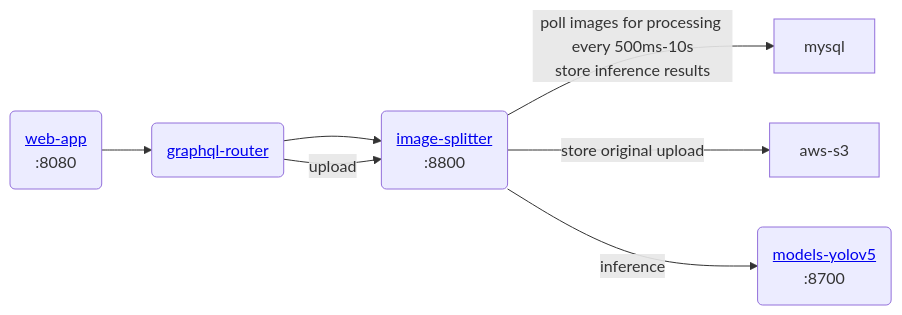
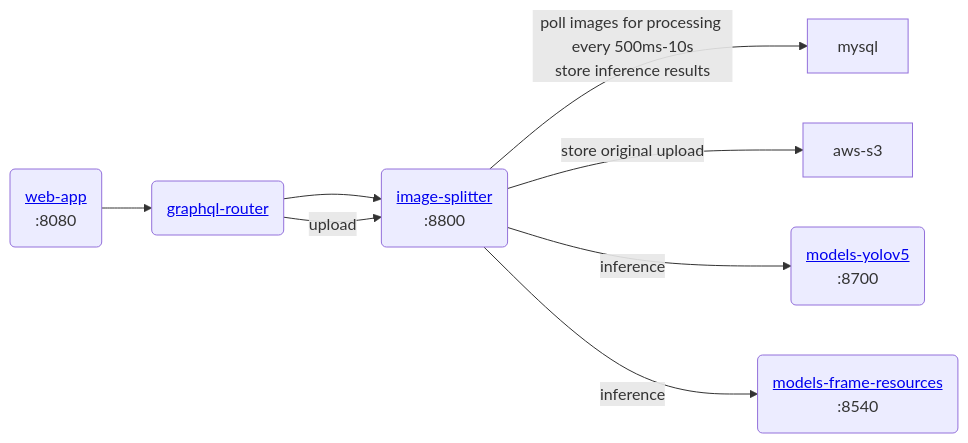
Before and after one commit to Gratheon/image-splitter: the diagram in README.md, drawn with Mermaid.

Commit message:
add models-frame-resources in readme

````diff
--- a/README.md
+++ b/README.md
@@ -10,6 +10,7 @@
 ```mermaid
 flowchart LR
     web-app("<a href='https://github.com/Gratheon/web-app'>web-app</a>\n:8080") --> graphql-router("<a href='https://github.com/Gratheon/graphql-router'>graphql-router</a>") --> image-splitter("<a href='https://github.com/Gratheon/image-splitter'>image-splitter</a>\n:8800") --"poll images for processing every 500ms-10s\nstore inference results"--> mysql
     graphql-router --upload--> image-splitter --"store original upload"--> aws-s3
 	image-splitter --"inference"--> models-yolov5("<a href='https://github.com/Gratheon/models-yolov5'>models-yolov5</a>\n:8700")
+	image-splitter --"inference"--> models-frame-resources("<a href='https://github.com/Gratheon/models-frame-resources'>models-frame-resources</a>\n:8540")
 ```
````
